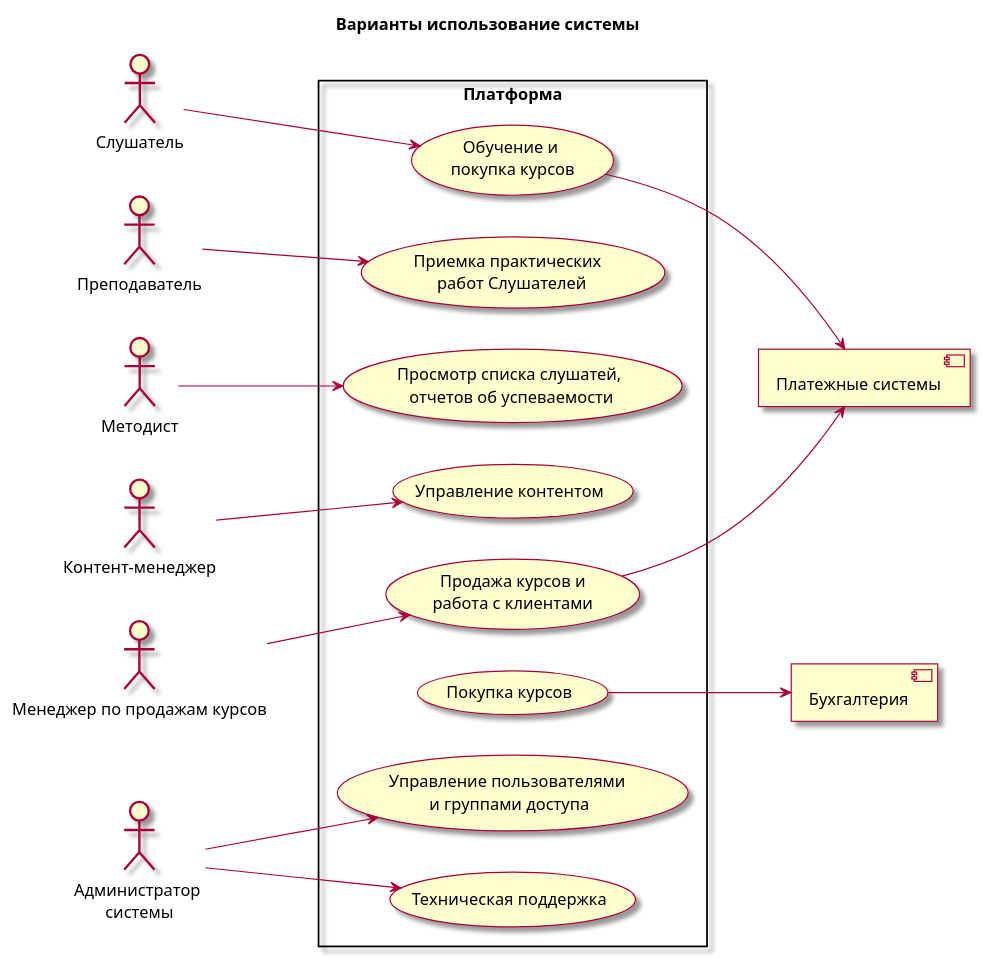
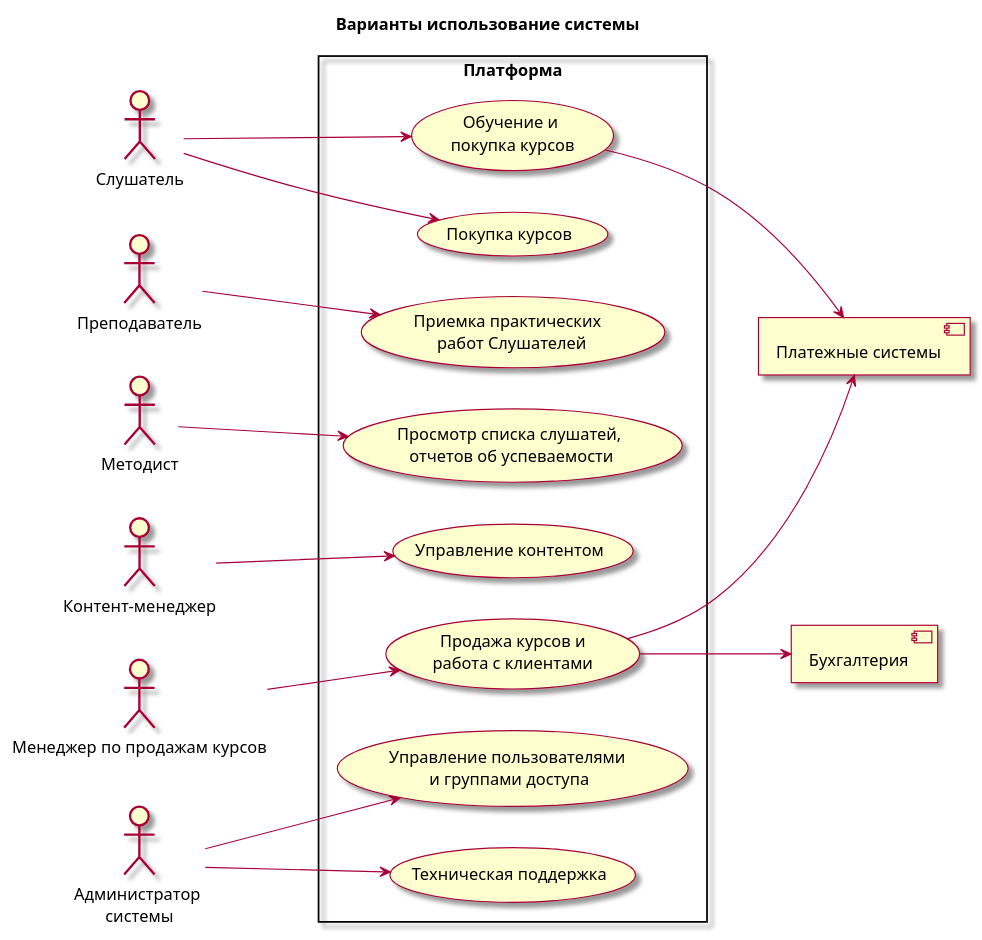
One commit to PortnovAlex80/node_js_pro changed the diagram in api-warehouse/diagrams/mediusecase.iuml. Above: the diagram before and after it, drawn with PlantUML.

```diff
--- a/api-warehouse/diagrams/mediusecase.iuml
+++ b/api-warehouse/diagrams/mediusecase.iuml
@@ -1,44 +1,46 @@
 @startuml
 skin rose
 left to right direction
 
 title Варианты использование системы 
 
 :Слушатель: as STUDENT
 :Преподаватель: as LECTOR
 :Методист: as METOD
 :Контент-менеджер: as CONTMGR
 :Менеджер по продажам курсов: as MGR
 :Администратор \nсистемы: as ADMIN
 
 [Платежные системы] as Payments
 [Бухгалтерия] as Commercia
 
 rectangle  :Платформа: {
 
 usecase (Обучение и \nпокупка курсов) as UC1
 usecase (Покупка курсов) as UC9
 
 usecase (Приемка практических \n работ Слушателей) as UC2
 usecase (Просмотр списка слушатей,\n отчетов об успеваемости) as UC3
 usecase (Управление контентом) as UC4
 usecase (Продажа курсов и\nработа с клиентами) as UC5
 
 usecase (Управление пользователями \nи группами доступа) as UC7
 usecase (Техническая поддержка) as UC8
 }
 
 STUDENT --> UC1
+STUDENT --> UC9
+
 LECTOR --> UC2
 METOD--> UC3
 CONTMGR--> UC4
 MGR --> UC5
 
 UC5 --> Payments
 UC1 --> Payments
-UC9 --> Commercia
+UC5 --> Commercia
 
 ADMIN --> UC7
 ADMIN --> UC8
 
 @enduml
```
